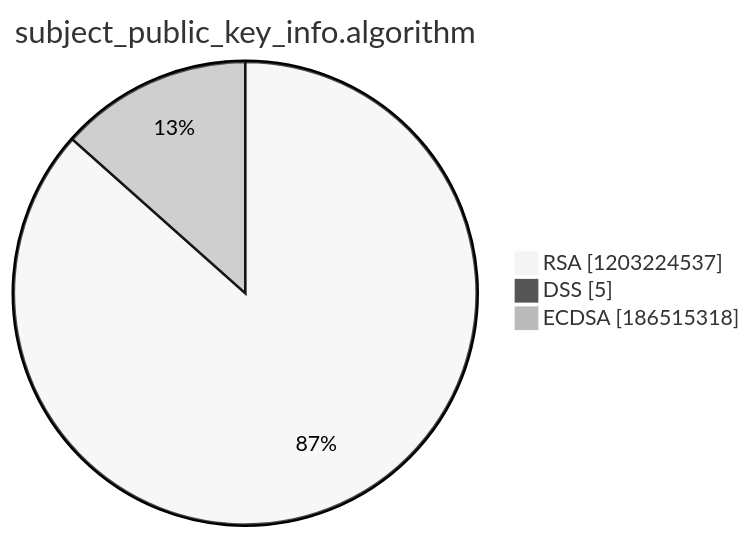
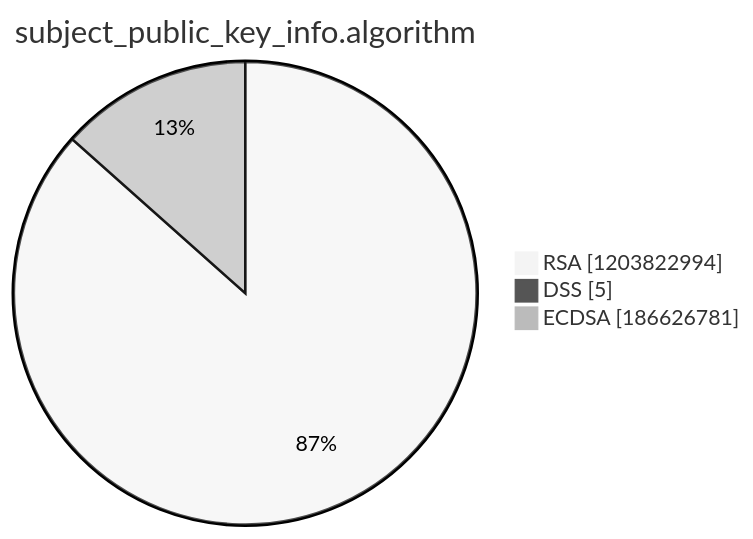
One commit to christiankrug/ctmonitor_visualization changed the third of 15 diagrams in argon2022/README.md. Above: the diagram before and after it, drawn with Mermaid (neutral theme). The commit also changed other lines of this file, not shown here.

````diff
--- a/argon2022/README.md
+++ b/argon2022/README.md
@@ -14,7 +14,7 @@
 ```mermaid
 pie showData
 title subject_public_key_info.algorithm
-"RSA" :1203224537
+"RSA" :1203822994
 "DSS" :5
-"ECDSA" :186515318
+"ECDSA" :186626781
 ```
````
